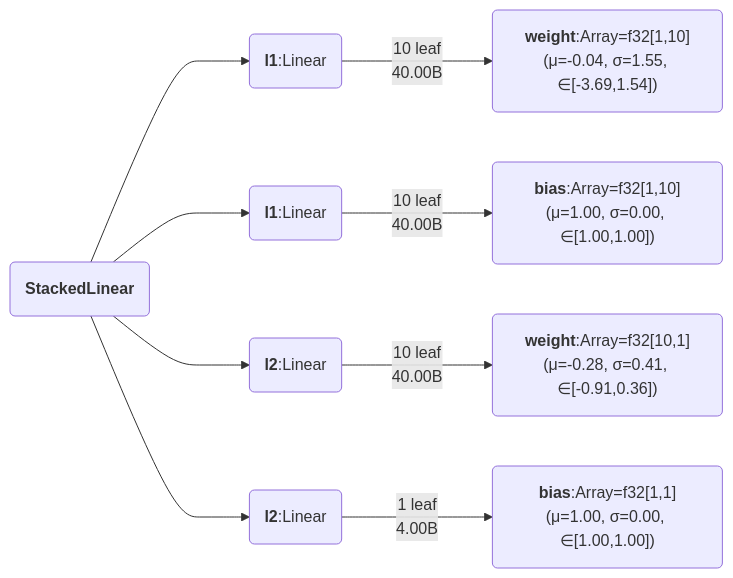
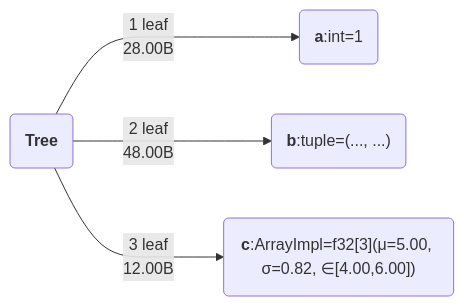
One commit to ASEM000/pytreeclass changed the first of 2 diagrams in README.md. Above: the diagram before and after it, drawn with Mermaid. The commit also changed other lines of this file and 1 other file, not shown here.

````diff
--- a/README.md
+++ b/README.md
@@ -152,13 +134,8 @@
 ```mermaid
 
 flowchart LR
-    id15696277213149321320(<b>StackedLinear</b>)
-    id15696277213149321320--->id11876010482821707549("<b>l1</b>:Linear")
-    id11876010482821707549--->|"10 leaf<br>40.00B"|id12625879399672750750("<b>weight</b>:Array=f32[1,10](μ=-0.04, σ=1.55, ∈[-3.69,1.54])")
-    id15696277213149321320--->id5339875373373139095("<b>l1</b>:Linear")
-    id5339875373373139095--->|"10 leaf<br>40.00B"|id13172945660170386820("<b>bias</b>:Array=f32[1,10](μ=1.00, σ=0.00, ∈[1.00,1.00])")
-    id15696277213149321320--->id6287638614072342474("<b>l2</b>:Linear")
-    id6287638614072342474--->|"10 leaf<br>40.00B"|id1175353021666702085("<b>weight</b>:Array=f32[10,1](μ=-0.28, σ=0.41, ∈[-0.91,0.36])")
-    id15696277213149321320--->id17320446376606480513("<b>l2</b>:Linear")
-    id17320446376606480513--->|"1 leaf<br>4.00B"|id15467604975849568978("<b>bias</b>:Array=f32[1,1](μ=1.00, σ=0.00, ∈[1.00,1.00])")
+    id15696277213149321320(<b>Tree</b>)
+    id15696277213149321320--->|"1 leaf<br>28.00B"|id4205845433746830897("<b>a</b>:int=1")
+    id15696277213149321320--->|"2 leaf<br>48.00B"|id4682191244783855647("<b>b</b>:tuple=(..., ...)")
+    id15696277213149321320--->|"3 leaf<br>12.00B"|id14652085615030570957("<b>c</b>:ArrayImpl=f32[3](μ=5.00, σ=0.82, ∈[4.00,6.00])")
 ```
````
